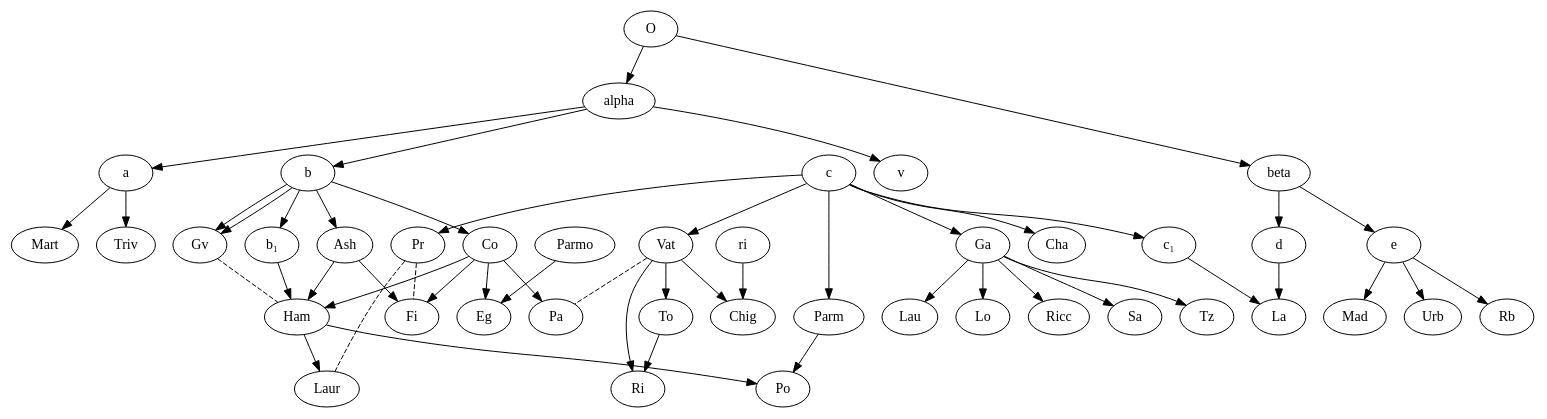
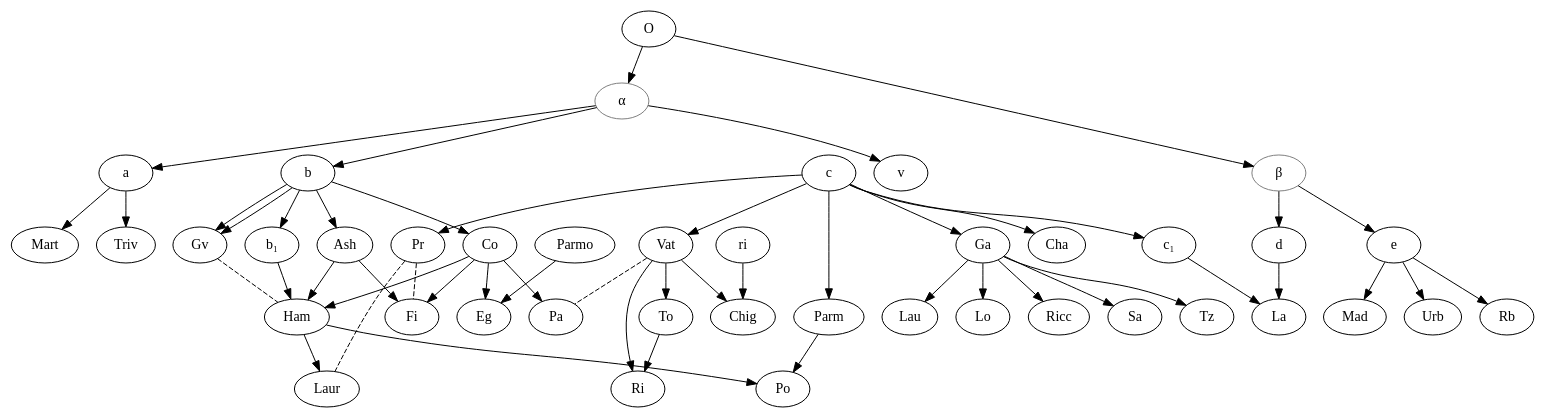
One commit to OpenStemmata/database changed the diagram in Commedia/graph.gv. Above: the diagram before and after it, drawn with Graphviz.

Commit message:
Commedia update greek letters

```diff
--- a/Commedia/graph.gv
+++ b/Commedia/graph.gv
@@ -1,62 +1,65 @@
 digraph {
+    alpha[color="grey", label="α"]
+    beta[color="grey", label="β"]
+
     O -> alpha;
     O -> beta;
 
     alpha -> a;
     alpha -> b;
     alpha -> v;
 
     a -> Mart;
     a -> Triv;
 
     b -> Ash;
     b -> Co;
     b -> Gv;
     b -> Gv;
     b -> b₁;
 
     Ash -> Ham;
     Ash -> Fi;
     Co -> Ham;
     Co -> Eg;
     Co -> Fi;
     Co -> Pa;
     Gv -> Ham [dir=none, style="dashed"];
     b₁ -> Ham;
     Ham -> Laur;
     Ham -> Po;
 
     c-> Parm;
     c -> Pr;
     c -> Ga;
     c -> Vat;
     c -> Cha;
     c -> c₁;
 
     Parm -> Po;
     Parmo -> Eg;
     Pr -> Laur [dir=none, style="dashed"];
     Pr -> Fi [dir=none, style="dashed"];
     Ga -> Lau;
     Ga -> Lo;
     Ga -> Ricc;
     Ga -> Sa;
     Ga -> Tz;
 
     Vat -> Pa [dir=none, style="dashed"];
     Vat -> To;
     Vat -> Ri;
     Vat -> Chig;
     To -> Ri;
     ri -> Chig;
 
     c₁ -> La;
 
     beta -> d;
     beta -> e;
     d -> La;
     e -> Mad;
     e -> Urb;
     e -> Rb;
 
 }
```
